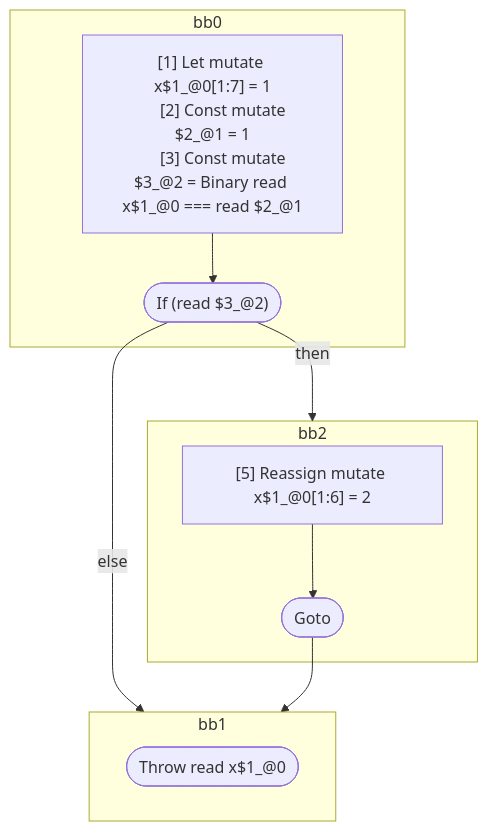
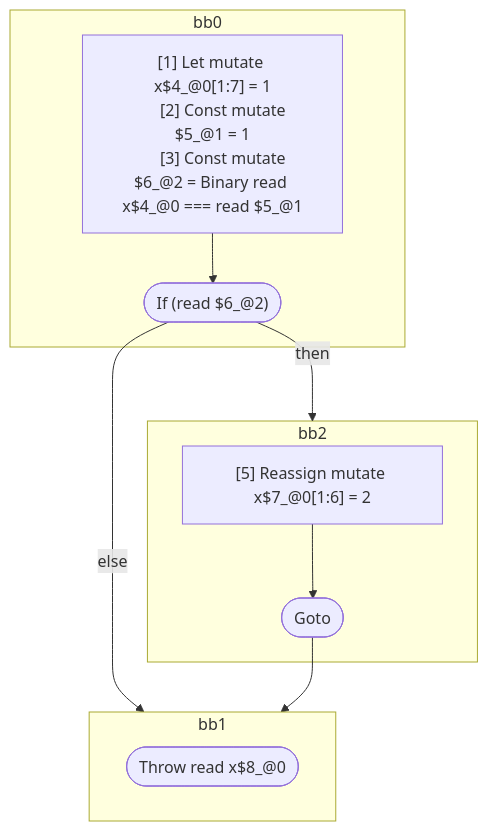
The diagram in compiler/forget/src/__tests__/fixtures/hir/ssa-throw.expect.md (wutsmog/private), drawn with Mermaid before and after one commit. The commit also changed other lines of this file and 59 other files, not shown here.

````diff
--- a/compiler/forget/src/__tests__/fixtures/hir/ssa-throw.expect.md
+++ b/compiler/forget/src/__tests__/fixtures/hir/ssa-throw.expect.md
@@ -34,27 +35,27 @@
 ```mermaid
 flowchart TB
   %% Basic Blocks
   subgraph bb0
     bb0_instrs["
-      [1] Let mutate x$1_@0[1:7] = 1
-      [2] Const mutate $2_@1 = 1
-      [3] Const mutate $3_@2 = Binary read x$1_@0 === read $2_@1
+      [1] Let mutate x$4_@0[1:7] = 1
+      [2] Const mutate $5_@1 = 1
+      [3] Const mutate $6_@2 = Binary read x$4_@0 === read $5_@1
     "]
-    bb0_instrs --> bb0_terminal(["If (read $3_@2)"])
+    bb0_instrs --> bb0_terminal(["If (read $6_@2)"])
   end
   subgraph bb2
     bb2_instrs["
-      [5] Reassign mutate x$1_@0[1:6] = 2
+      [5] Reassign mutate x$7_@0[1:6] = 2
     "]
     bb2_instrs --> bb2_terminal(["Goto"])
   end
   subgraph bb1
-    bb1_terminal(["Throw read x$1_@0"])
+    bb1_terminal(["Throw read x$8_@0"])
   end
 
   %% Jumps
   bb0_terminal -- "then" --> bb2
   bb0_terminal -- "else" --> bb1
   bb2_terminal --> bb1
 
 ```
````
